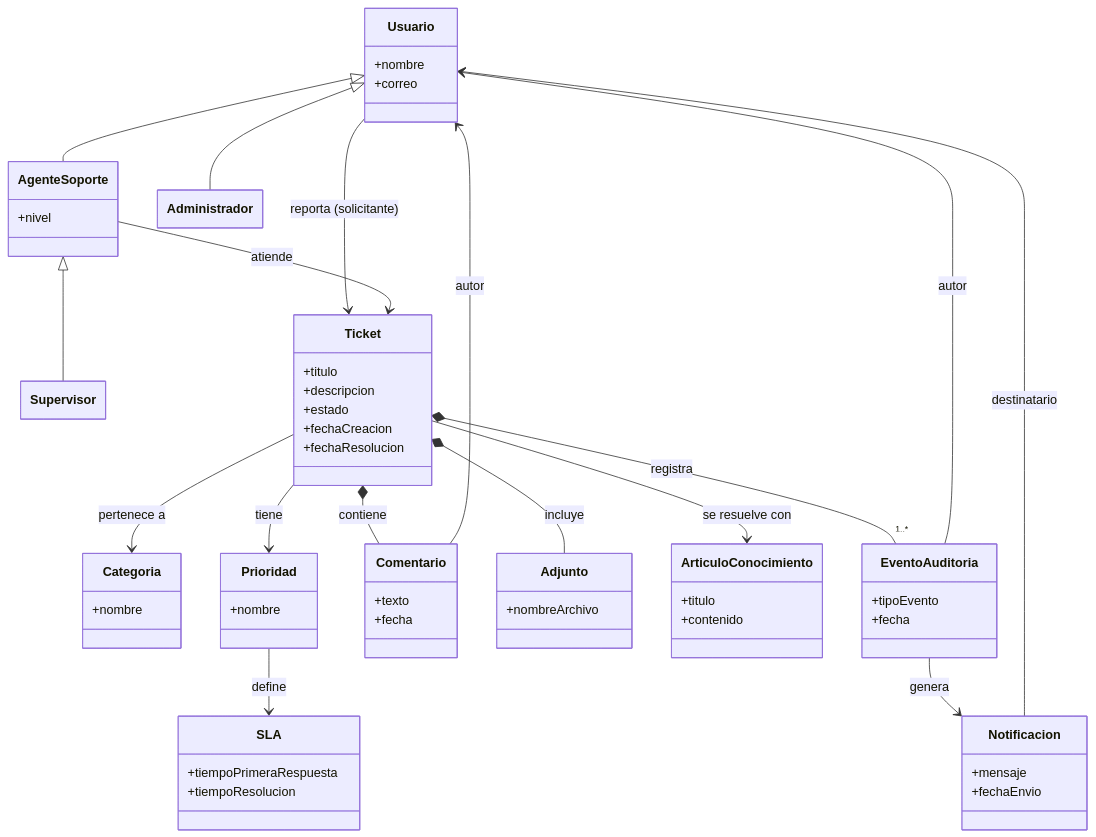
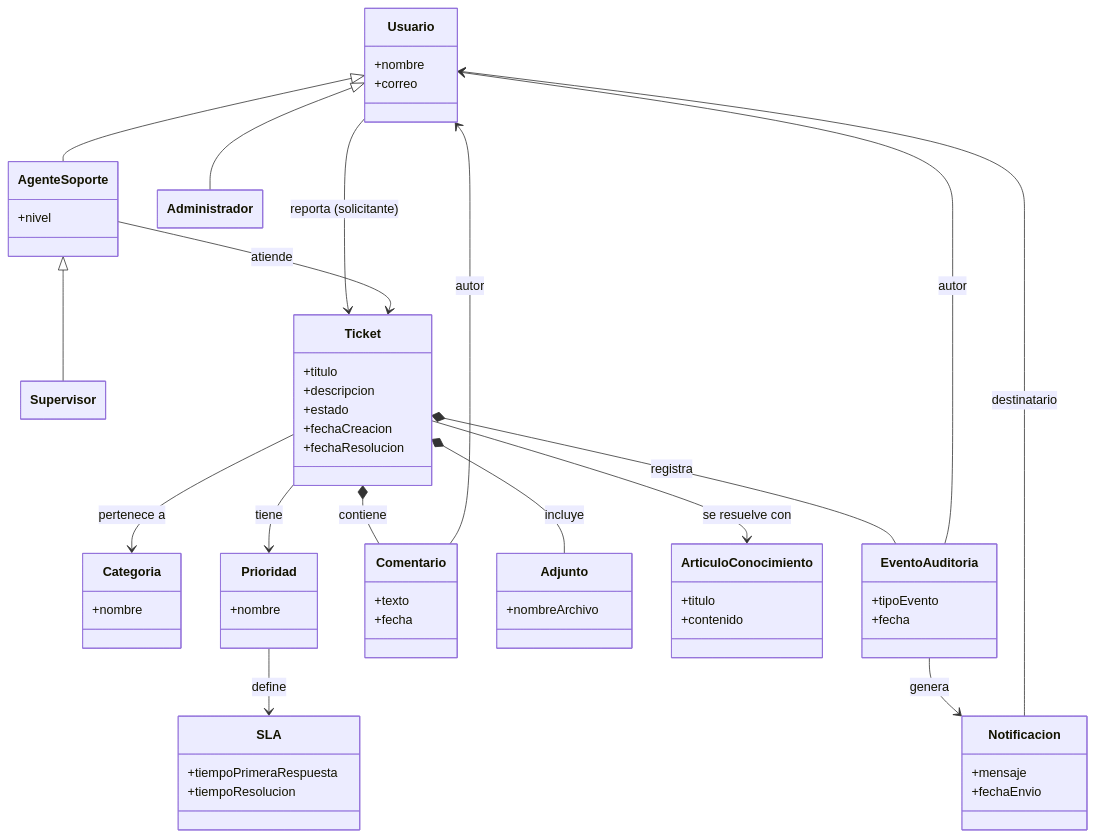
One commit to Dievex/01-HelpDesk changed the diagram in docs/01-fase-inicio/modelo-dominio/diagrama-clases.md. Above: the diagram before and after it, drawn with Mermaid.

Commit message:
Refactor relaciones del diagrama de clases para mayor claridad y consistencia

````diff
--- a/docs/01-fase-inicio/modelo-dominio/diagrama-clases.md
+++ b/docs/01-fase-inicio/modelo-dominio/diagrama-clases.md
@@ -5,70 +5,70 @@
 ```mermaid
 %%{init: {"class": {"hideEmptyMembersBox": true}}}%%
 classDiagram
     class Usuario {
         +nombre
         +correo
     }
     class AgenteSoporte {
         +nivel
     }
     class Supervisor
     class Administrador
 
     class Ticket {
         +titulo
         +descripcion
         +estado
         +fechaCreacion
         +fechaResolucion
     }
     class Categoria {
         +nombre
     }
     class Prioridad {
         +nombre
     }
     class SLA {
         +tiempoPrimeraRespuesta
         +tiempoResolucion
     }
     class Comentario {
         +texto
         +fecha
     }
     class Adjunto {
         +nombreArchivo
     }
     class ArticuloConocimiento {
         +titulo
         +contenido
     }
     class EventoAuditoria {
         +tipoEvento
         +fecha
     }
     class Notificacion {
         +mensaje
         +fechaEnvio
     }
 
     Usuario <|-- AgenteSoporte
     AgenteSoporte <|-- Supervisor
     Usuario <|-- Administrador
 
     Usuario  -->  Ticket : reporta (solicitante)
     AgenteSoporte  -->  Ticket : atiende
     Ticket  -->  Categoria : pertenece a
     Ticket  -->  Prioridad : tiene
     Prioridad  -->  SLA : define
 
     Ticket  *--  Comentario : contiene
     Ticket  *--  Adjunto : incluye
-    Ticket  *-- "1..*" EventoAuditoria : registra
+    Ticket  *--  EventoAuditoria : registra
     Ticket  -->  ArticuloConocimiento : se resuelve con
 
     Comentario  -->  Usuario : autor
     EventoAuditoria  -->  Usuario : autor
     EventoAuditoria  -->  Notificacion : genera
     Notificacion  -->  Usuario : destinatario
 ```
````
